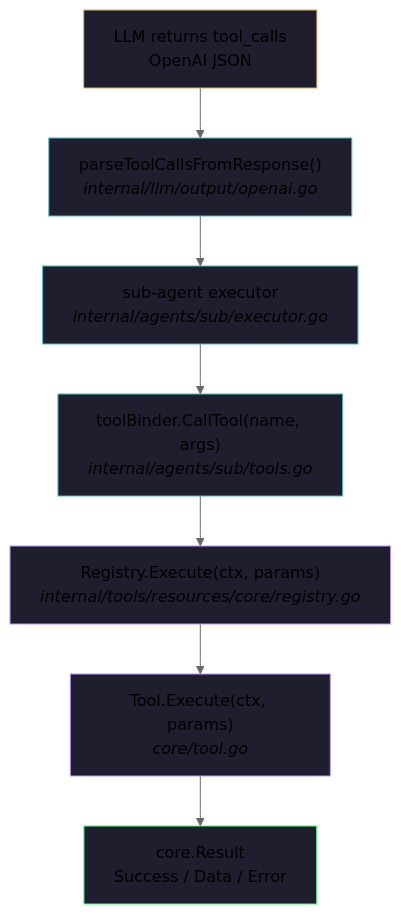
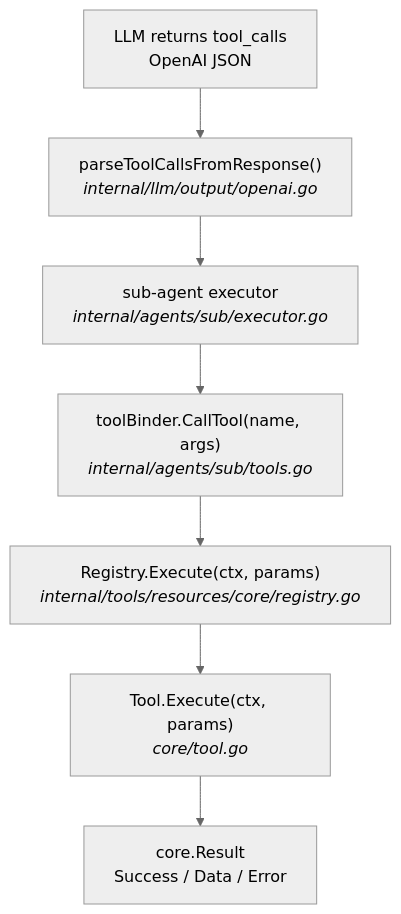
The second of 3 diagrams in content/log/ARES/05-tool-system-deep-dive.md (Timwood0x10/myblog), drawn with Mermaid (neutral theme) before and after one commit. The commit also changed other lines of this file and 11 other files, not shown here.

Commit message:
refactor(theme): unify Mermaid chart theme styles

````diff
--- a/content/log/ARES/05-tool-system-deep-dive.md
+++ b/content/log/ARES/05-tool-system-deep-dive.md
@@ -59,17 +59,10 @@
 ```mermaid
 flowchart TD
     A["LLM returns tool_calls<br/>OpenAI JSON"] --> B["parseToolCallsFromResponse()<br/><i>internal/llm/output/openai.go</i>"]
     B --> C["sub-agent executor<br/><i>internal/agents/sub/executor.go</i>"]
     C --> D["toolBinder.CallTool(name, args)<br/><i>internal/agents/sub/tools.go</i>"]
     D --> E["Registry.Execute(ctx, params)<br/><i>internal/tools/resources/core/registry.go</i>"]
     E --> F["Tool.Execute(ctx, params)<br/><i>core/tool.go</i>"]
     F --> G["core.Result<br/>Success / Data / Error"]
 
-    style A fill:#1e1e2e,stroke:#e0af68
-    style B fill:#1e1e2e,stroke:#56b6c2
-    style C fill:#1e1e2e,stroke:#56b6c2
-    style D fill:#1e1e2e,stroke:#56b6c2
-    style E fill:#1e1e2e,stroke:#bd93f9
-    style F fill:#1e1e2e,stroke:#bd93f9
-    style G fill:#1e1e2e,stroke:#50fa7b
 ```
````
